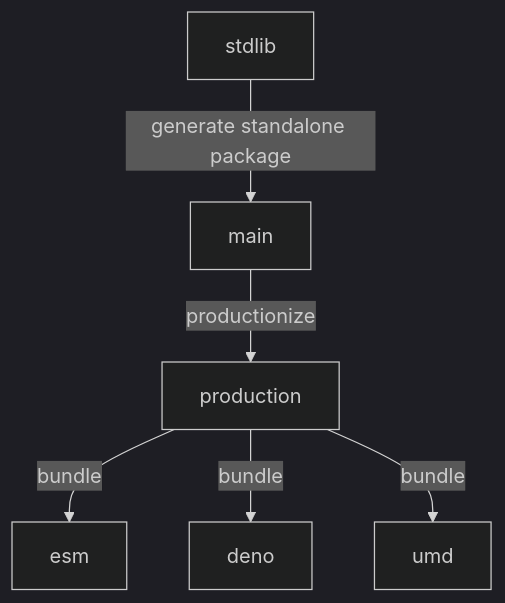
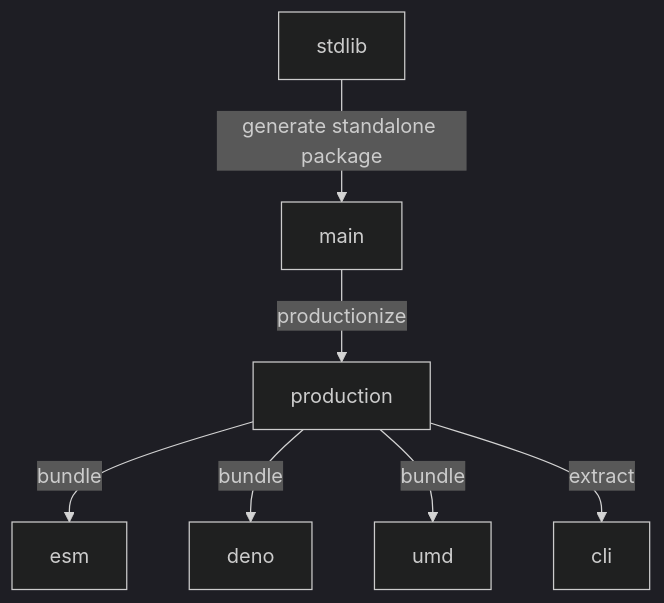
The diagram in branches.md (stdlib-js/string-next-grapheme-cluster-break), drawn with Mermaid (dark theme) before and after one commit. The commit also changed other lines of this file and 8 other files, not shown here.

````diff
--- a/branches.md
+++ b/branches.md
@@ -33,15 +34,17 @@
 ```mermaid
 graph TD;
 A[stdlib]-->|generate standalone package|B;
 B[main] -->|productionize| C[production];
 C -->|bundle| D[esm];
 C -->|bundle| E[deno];
 C -->|bundle| F[umd];
+C -->|extract| G[cli];
 
-click A href "https://github.com/stdlib-js/stdlib/tree/develop/lib/node_modules/%40stdlib/string/next-grapheme-cluster-break"
-click B href "https://github.com/stdlib-js/string-next-grapheme-cluster-break/tree/main"
-click C href "https://github.com/stdlib-js/string-next-grapheme-cluster-break/tree/production"
-click D href "https://github.com/stdlib-js/string-next-grapheme-cluster-break/tree/esm"
-click E href "https://github.com/stdlib-js/string-next-grapheme-cluster-break/tree/deno"
-click F href "https://github.com/stdlib-js/string-next-grapheme-cluster-break/tree/umd"
+%% click A href "https://github.com/stdlib-js/stdlib/tree/develop/lib/node_modules/%40stdlib/string/next-grapheme-cluster-break"
+%% click B href "https://github.com/stdlib-js/string-next-grapheme-cluster-break/tree/main"
+%% click C href "https://github.com/stdlib-js/string-next-grapheme-cluster-break/tree/production"
+%% click D href "https://github.com/stdlib-js/string-next-grapheme-cluster-break/tree/esm"
+%% click E href "https://github.com/stdlib-js/string-next-grapheme-cluster-break/tree/deno"
+%% click F href "https://github.com/stdlib-js/string-next-grapheme-cluster-break/tree/umd"
+%% click G href "https://github.com/stdlib-js/string-next-grapheme-cluster-break/tree/cli"
 ```
````
